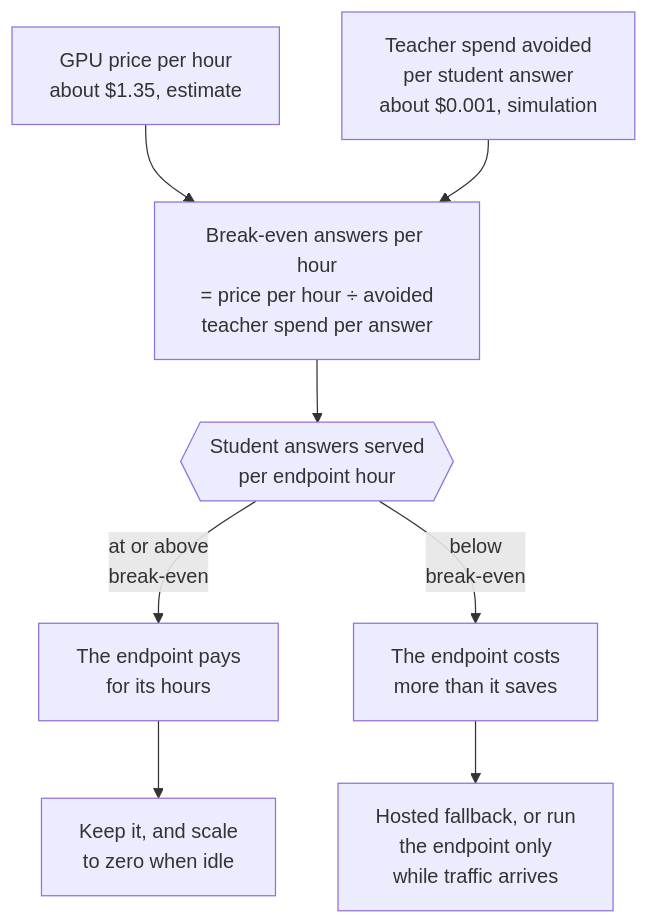
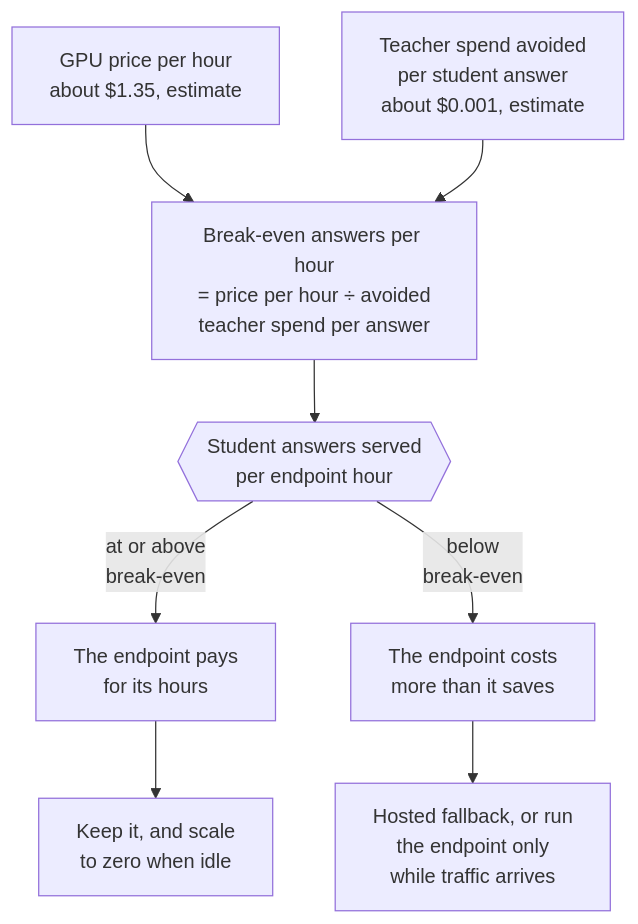
Before and after one commit to harshbhx/ratchet: the third of 4 diagrams in docs-site/src/content/docs/guides/cost-and-savings.mdx, drawn with Mermaid. The commit also changed other lines of this file and 76 other files, not shown here.

````diff
--- a/docs-site/src/content/docs/guides/cost-and-savings.mdx
+++ b/docs-site/src/content/docs/guides/cost-and-savings.mdx
@@ -152,14 +152,14 @@
 ```mermaid
 flowchart TB
   R["GPU price per hour<br/>about $1.35, estimate"] --> BE["Break-even answers per hour<br/>= price per hour ÷ avoided<br/>teacher spend per answer"]
-  S["Teacher spend avoided<br/>per student answer<br/>about $0.001, simulation"] --> BE
+  S["Teacher spend avoided<br/>per student answer<br/>about $0.001, estimate"] --> BE
   BE --> CMP{{"Student answers served<br/>per endpoint hour"}}
   CMP -->|"at or above<br/>break-even"| WIN["The endpoint pays<br/>for its hours"]
   CMP -->|"below<br/>break-even"| LOSE["The endpoint costs<br/>more than it saves"]
   LOSE --> OPT["Hosted fallback, or run<br/>the endpoint only<br/>while traffic arrives"]
   WIN --> UP["Keep it, and scale<br/>to zero when idle"]
 
   class CMP gate
   class WIN ok
   class LOSE danger
 ```
````
